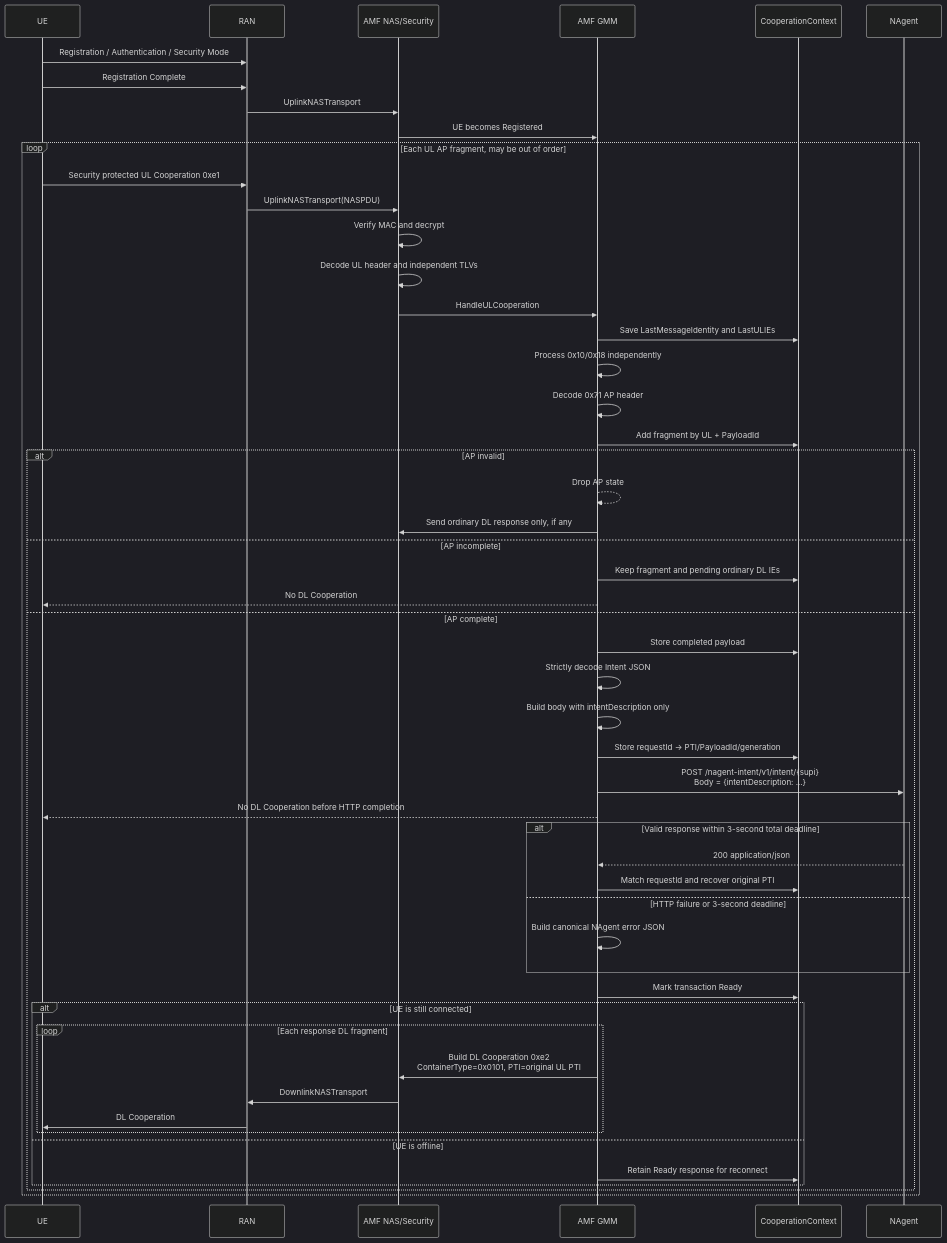
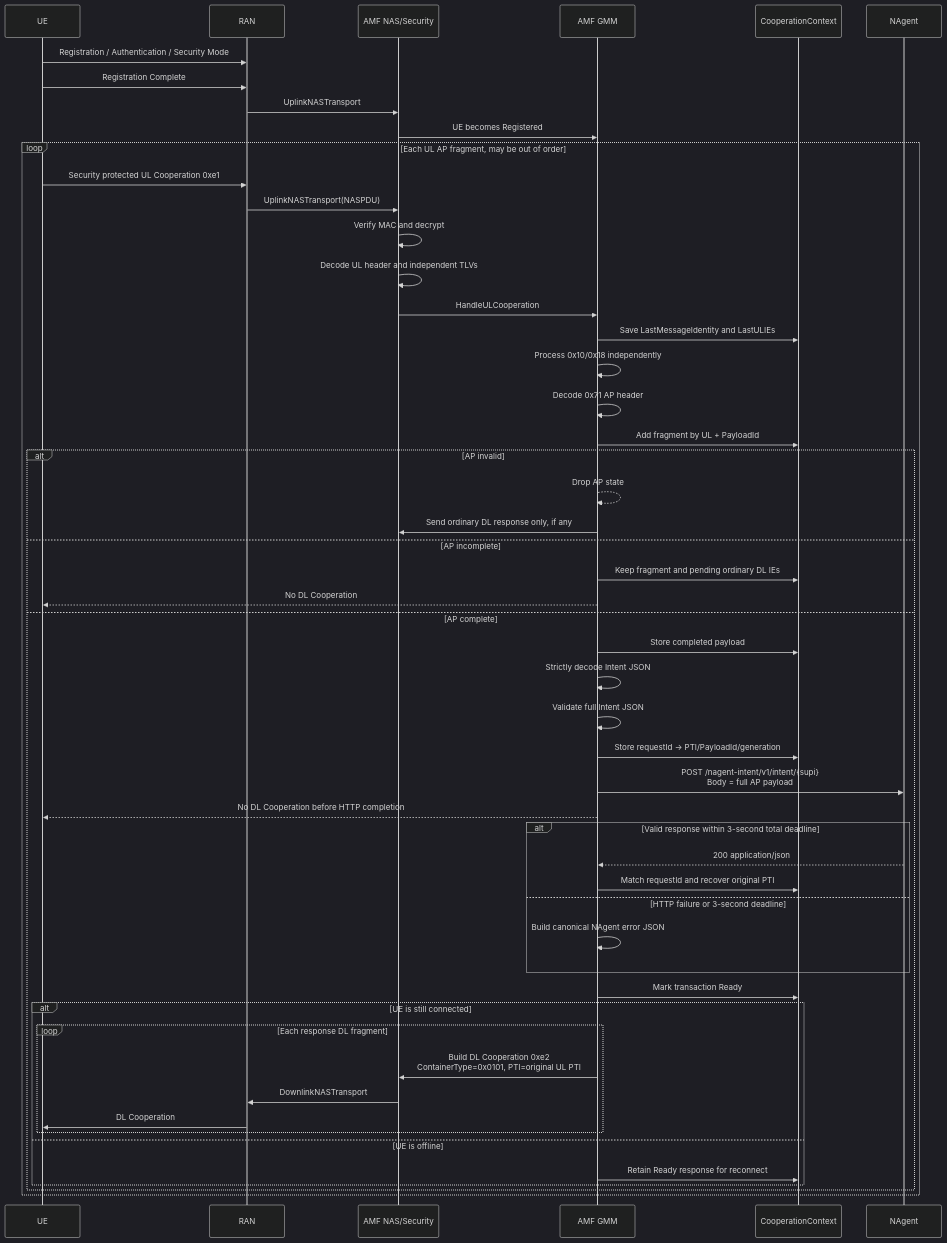
One commit to acore2026/amf changed the diagram in docs/cooperation-porting-guide.md. Above: the diagram before and after it, drawn with Mermaid (dark theme). The commit also changed other lines of this file and 2 other files, not shown here.

Commit message:
docs: describe current AP intent flow

````diff
--- a/docs/cooperation-porting-guide.md
+++ b/docs/cooperation-porting-guide.md
@@ -243,56 +243,56 @@
 ```mermaid
 sequenceDiagram
     participant UE
     participant RAN
     participant NAS as AMF NAS/Security
     participant GMM as AMF GMM
     participant CTX as CooperationContext
     participant NAgent
 
     UE->>RAN: Registration / Authentication / Security Mode
     UE->>RAN: Registration Complete
     RAN->>NAS: UplinkNASTransport
     NAS->>GMM: UE becomes Registered
 
     loop Each UL AP fragment, may be out of order
         UE->>RAN: Security protected UL Cooperation 0xe1
         RAN->>NAS: UplinkNASTransport(NASPDU)
         NAS->>NAS: Verify MAC and decrypt
         NAS->>NAS: Decode UL header and independent TLVs
         NAS->>GMM: HandleULCooperation
         GMM->>CTX: Save LastMessageIdentity and LastULIEs
         GMM->>GMM: Process 0x10/0x18 independently
         GMM->>GMM: Decode 0x71 AP header
         GMM->>CTX: Add fragment by UL + PayloadId
         alt AP invalid
             GMM-->>GMM: Drop AP state
             GMM->>NAS: Send ordinary DL response only, if any
         else AP incomplete
             GMM->>CTX: Keep fragment and pending ordinary DL IEs
             GMM-->>UE: No DL Cooperation
         else AP complete
             GMM->>CTX: Store completed payload
             GMM->>GMM: Strictly decode Intent JSON
-            GMM->>GMM: Build body with intentDescription only
+            GMM->>GMM: Validate full Intent JSON
             GMM->>CTX: Store requestId -> PTI/PayloadId/generation
-            GMM->>NAgent: POST /nagent-intent/v1/intent/{supi}<br/>Body = {intentDescription: ...}
+            GMM->>NAgent: POST /nagent-intent/v1/intent/{supi}<br/>Body = full AP payload
             GMM-->>UE: No DL Cooperation before HTTP completion
             alt Valid response within 3-second total deadline
                 NAgent-->>GMM: 200 application/json
                 GMM->>CTX: Match requestId and recover original PTI
             else HTTP failure or 3-second deadline
                 GMM->>GMM: Build canonical NAgent error JSON
             end
             GMM->>CTX: Mark transaction Ready
             alt UE is still connected
                 loop Each response DL fragment
                     GMM->>NAS: Build DL Cooperation 0xe2<br/>ContainerType=0x0101, PTI=original UL PTI
                     NAS->>RAN: DownlinkNASTransport
                     RAN->>UE: DL Cooperation
                 end
             else UE is offline
                 GMM->>CTX: Retain Ready response for reconnect
             end
         end
     end
 ```
````
